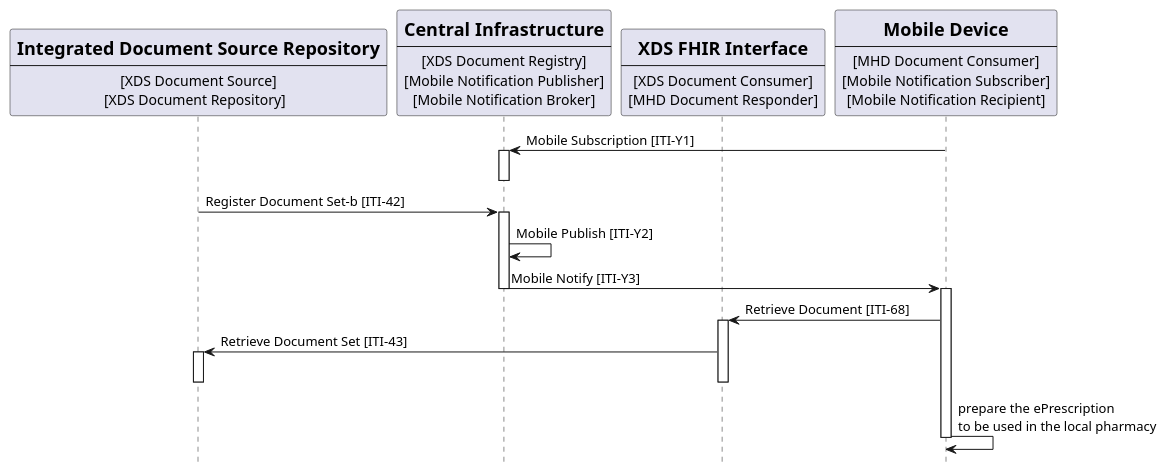
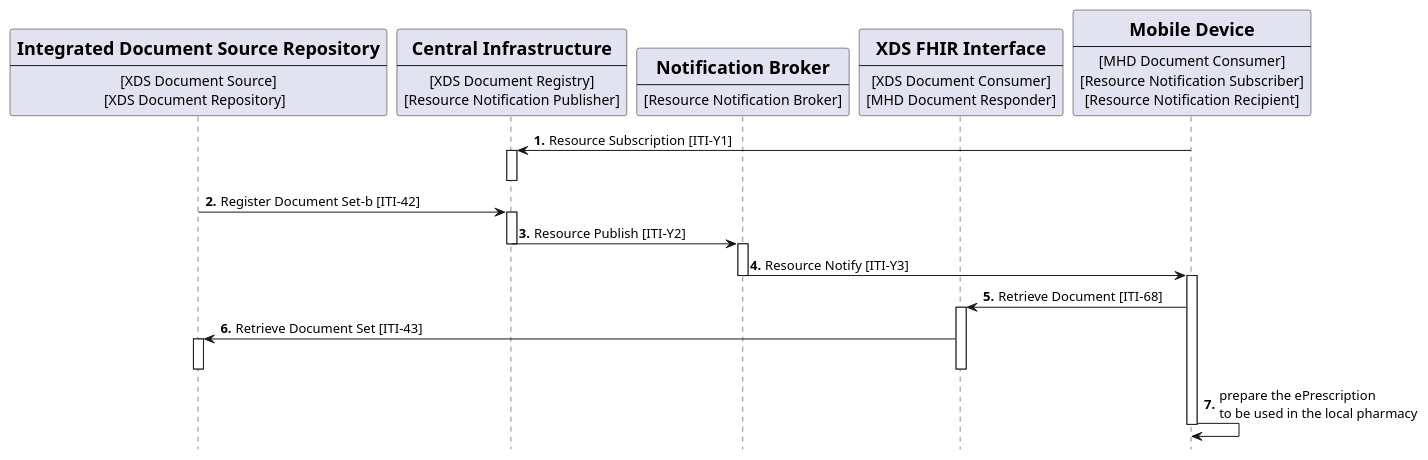
One commit to IHE/ITI.DSUBm changed the diagram in input/images-source/usecase3-processflow.plantuml. Above: the diagram before and after it, drawn with PlantUML. The commit also changed 9 other files, not shown here.

```diff
--- a/input/images-source/usecase3-processflow.plantuml
+++ b/input/images-source/usecase3-processflow.plantuml
@@ -1,56 +1,64 @@
 @startuml
 skinparam svgDimensionStyle false
 hide footbox
 /'title "Subscription with DSUBm on MHD on FHIR infrastructure from Mobile Device" '/
 
 participant Repository [
     =Integrated Document Source Repository
     ----
     [XDS Document Source]
     [XDS Document Repository]  
 ] 
 
 participant Central [
     =Central Infrastructure
     ----
     [XDS Document Registry]
-    [Mobile Notification Publisher]
-    [Mobile Notification Broker]
+    [Resource Notification Publisher]
+] 
+
+participant Broker [
+    =Notification Broker
+    ----
+    [Resource Notification Broker]
 ] 
 
 participant XDSonFHIR [
     =XDS FHIR Interface
     ----
     [XDS Document Consumer]
     [MHD Document Responder]
 ] 
 
 participant MobileDevice [
     =Mobile Device
     ----
     [MHD Document Consumer]
-    [Mobile Notification Subscriber]
-    [Mobile Notification Recipient]
+    [Resource Notification Subscriber]
+    [Resource Notification Recipient]
 ] 
-
-MobileDevice -> Central: Mobile Subscription [ITI-Y1]
+autonumber 1 "<b>."
+MobileDevice -> Central: Resource Subscription [ITI-Y1]
 activate Central
 deactivate Central
 
 Repository -> Central: Register Document Set-b [ITI-42]
 activate Central
-Central -> Central :  Mobile Publish [ITI-Y2]
-Central -> MobileDevice: Mobile Notify [ITI-Y3]
+Central -> Broker :  Resource Publish [ITI-Y2]
 deactivate Central
+activate Broker
+Broker -> MobileDevice: Resource Notify [ITI-Y3]
+deactivate Broker
+
 activate MobileDevice
 MobileDevice -> XDSonFHIR: Retrieve Document [ITI-68]
 activate XDSonFHIR
 XDSonFHIR -> Repository: Retrieve Document Set [ITI-43]
 activate Repository
 deactivate XDSonFHIR
 deactivate Repository
 MobileDevice -> MobileDevice: prepare the ePrescription\nto be used in the local pharmacy
 deactivate MobileDevice
 
 
 @enduml
```
